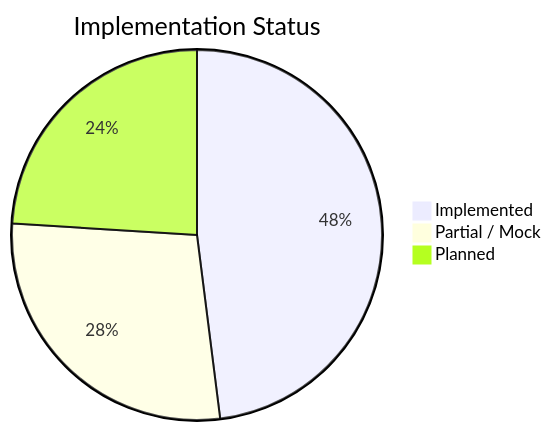
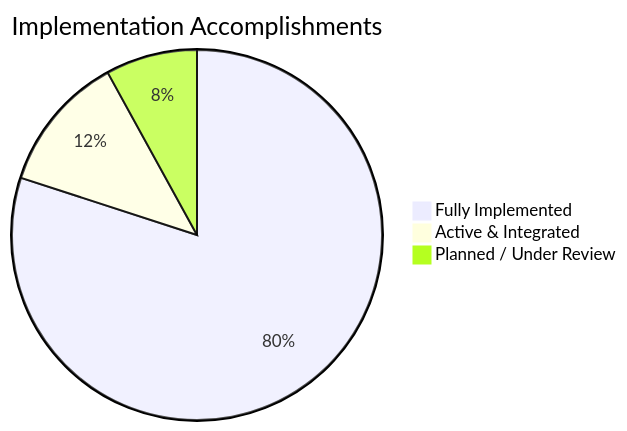
Before and after one commit to NassaQ/docs: the diagram in docs/project/roadmap.md, drawn with Mermaid. The commit also changed other lines of this file and 9 other files, not shown here.

````diff
--- a/docs/project/roadmap.md
+++ b/docs/project/roadmap.md
@@ -9,6 +13,6 @@
 ```mermaid
-pie title Implementation Status
-    "Implemented" : 12
-    "Partial / Mock" : 7
-    "Planned" : 6
+pie title Implementation Accomplishments
+    "Fully Implemented" : 20
+    "Active & Integrated" : 3
+    "Planned / Under Review" : 2
 ```
````
